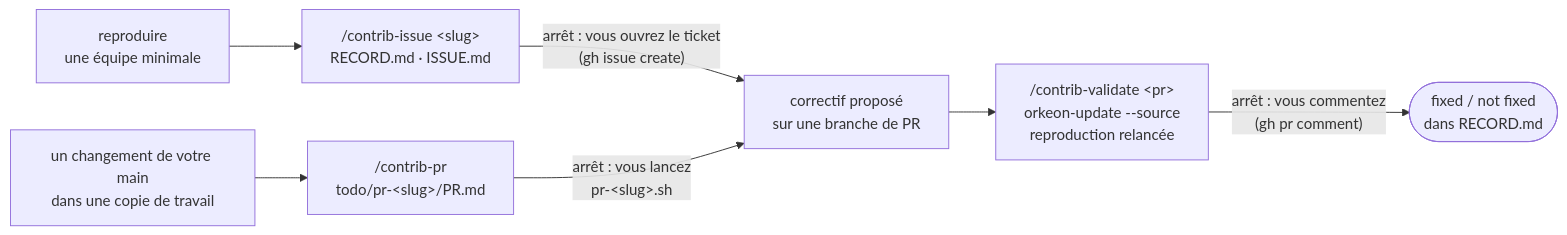
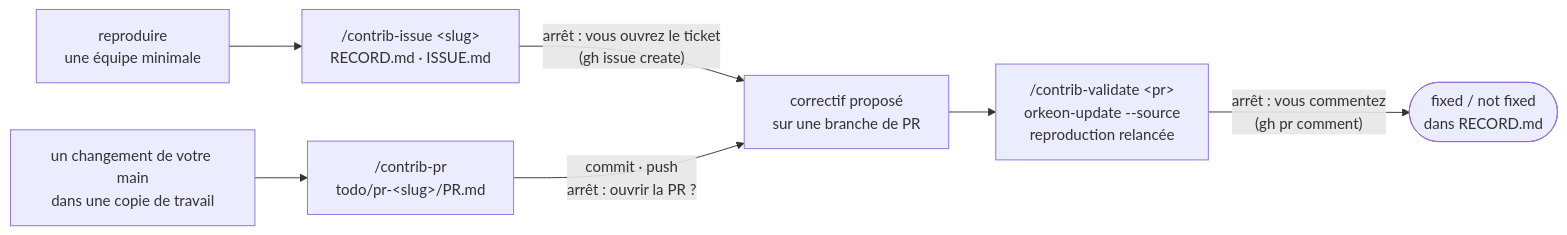
Before and after one commit to Orkeon/orkeon-workshop: the diagram in docs/fr/workflows/contribute.md, drawn with Mermaid. The commit also changed other lines of this file and 168 other files, not shown here.

First line of the commit message:
Lot 14: batches in independent agents (D70), commit and push by the harness (D71), and the workshop migrated to Orkeon main ad6dc63

````diff
--- a/docs/fr/workflows/contribute.md
+++ b/docs/fr/workflows/contribute.md
@@ -18,9 +20,9 @@
 ```mermaid
 flowchart LR
     r["reproduire<br/>une équipe minimale"] --> i["/contrib-issue &lt;slug&gt;<br/>RECORD.md · ISSUE.md"]
     i -->|"arrêt : vous ouvrez le ticket<br/>(gh issue create)"| f["correctif proposé<br/>sur une branche de PR"]
     f --> v["/contrib-validate &lt;pr&gt;<br/>orkeon-update --source<br/>reproduction relancée"]
     v -->|"arrêt : vous commentez<br/>(gh pr comment)"| d(["fixed / not fixed<br/>dans RECORD.md"])
     c["un changement de votre main<br/>dans une copie de travail"] --> p["/contrib-pr<br/>todo/pr-&lt;slug&gt;/PR.md"]
-    p -->|"arrêt : vous lancez<br/>pr-&lt;slug&gt;.sh"| f
+    p -->|"commit · push<br/>arrêt : ouvrir la PR ?"| f
 ```
````
